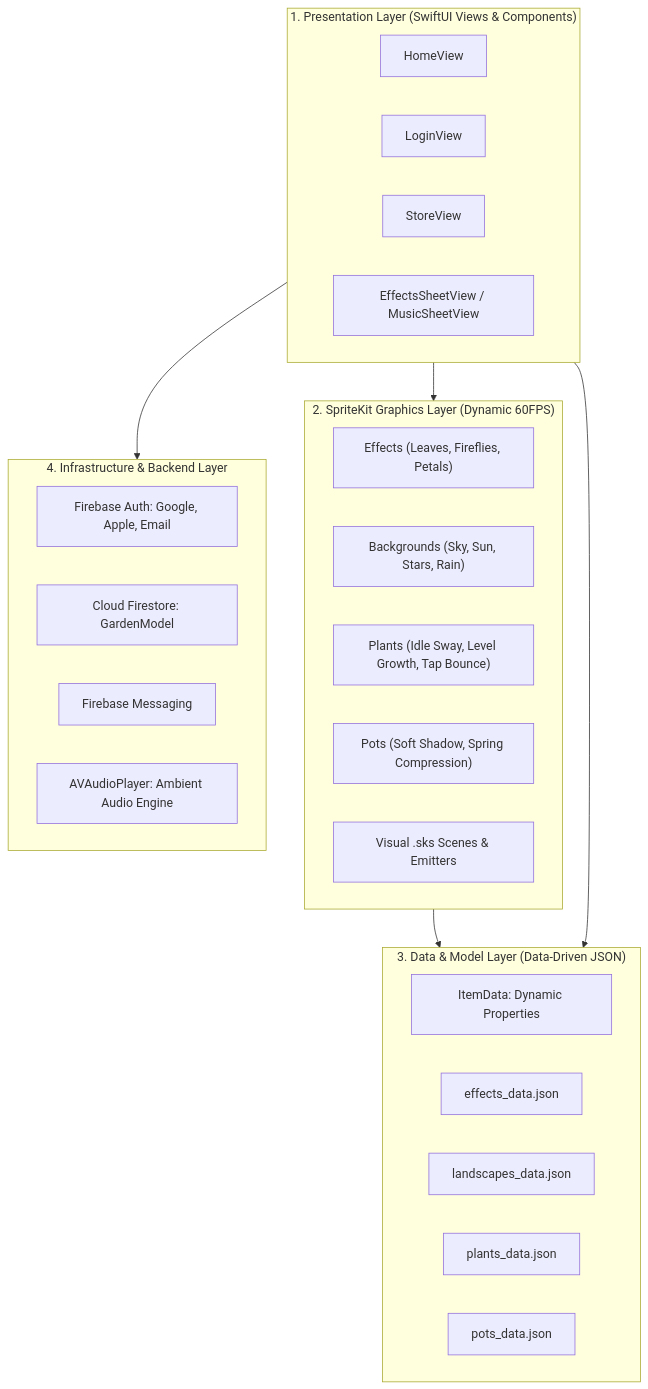
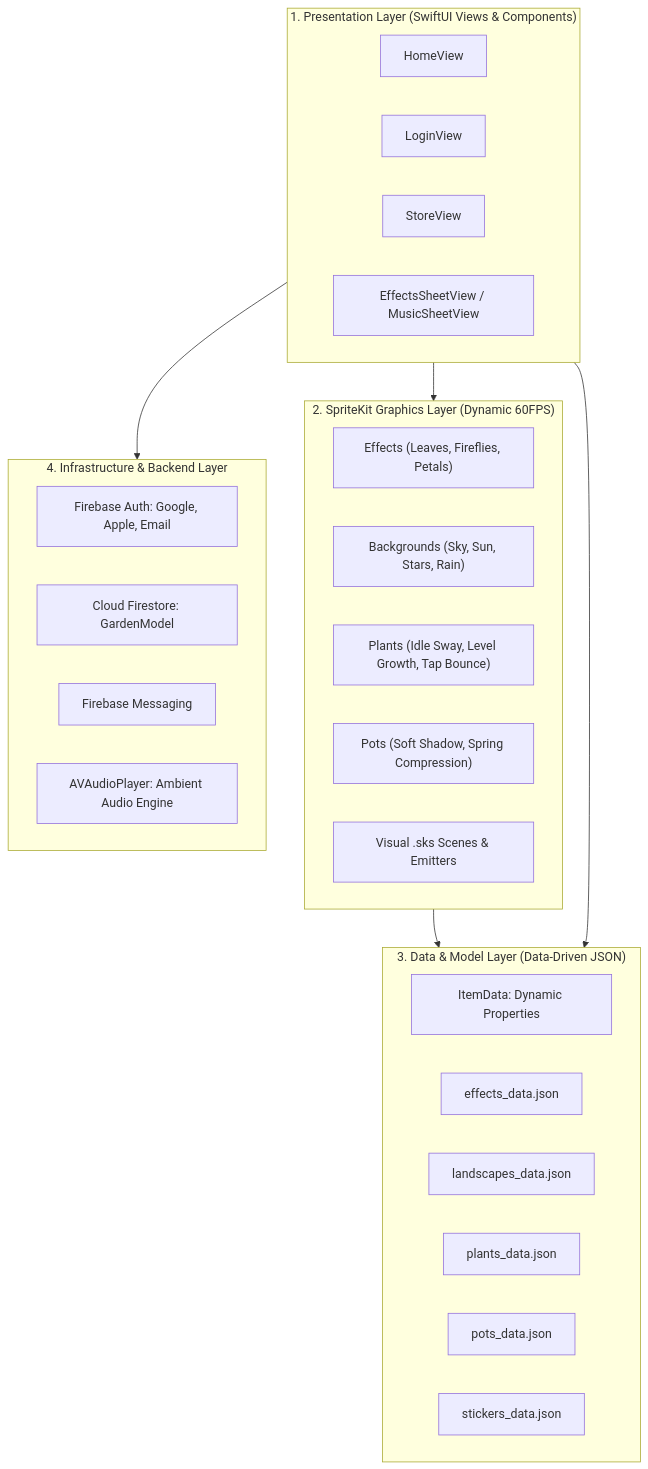
One commit to vqh2602/terrariumidle_ios changed the second of 4 diagrams in README.md. Above: the diagram before and after it, drawn with Mermaid. The commit also changed other lines of this file, not shown here.

````diff
--- a/README.md
+++ b/README.md
@@ -76,37 +76,38 @@
 ```mermaid
 graph TD
     subgraph UI_Layer["1. Presentation Layer (SwiftUI Views & Components)"]
         HV[HomeView]
         LV[LoginView]
         SV[StoreView]
         Sheets[EffectsSheetView / MusicSheetView]
     end
 
     subgraph SpriteKit_Layer["2. SpriteKit Graphics Layer (Dynamic 60FPS)"]
         SK_Effects["Effects (Leaves, Fireflies, Petals)"]
         SK_Backgrounds["Backgrounds (Sky, Sun, Stars, Rain)"]
         SK_Plants["Plants (Idle Sway, Level Growth, Tap Bounce)"]
         SK_Pots["Pots (Soft Shadow, Spring Compression)"]
         SKS["Visual .sks Scenes & Emitters"]
     end
 
     subgraph Model_Layer["3. Data & Model Layer (Data-Driven JSON)"]
         ItemModel[ItemData: Dynamic Properties]
         JSON_Effects[effects_data.json]
         JSON_Landscapes[landscapes_data.json]
         JSON_Plants[plants_data.json]
         JSON_Pots[pots_data.json]
+        JSON_Stickers[stickers_data.json]
     end
 
     subgraph Service_Layer["4. Infrastructure & Backend Layer"]
         FAuth[Firebase Auth: Google, Apple, Email]
         FFirestore[Cloud Firestore: GardenModel]
         FMsg[Firebase Messaging]
         AVAudio[AVAudioPlayer: Ambient Audio Engine]
     end
 
     UI_Layer --> SpriteKit_Layer
     SpriteKit_Layer --> Model_Layer
     UI_Layer --> Model_Layer
     UI_Layer --> Service_Layer
 ```
````
